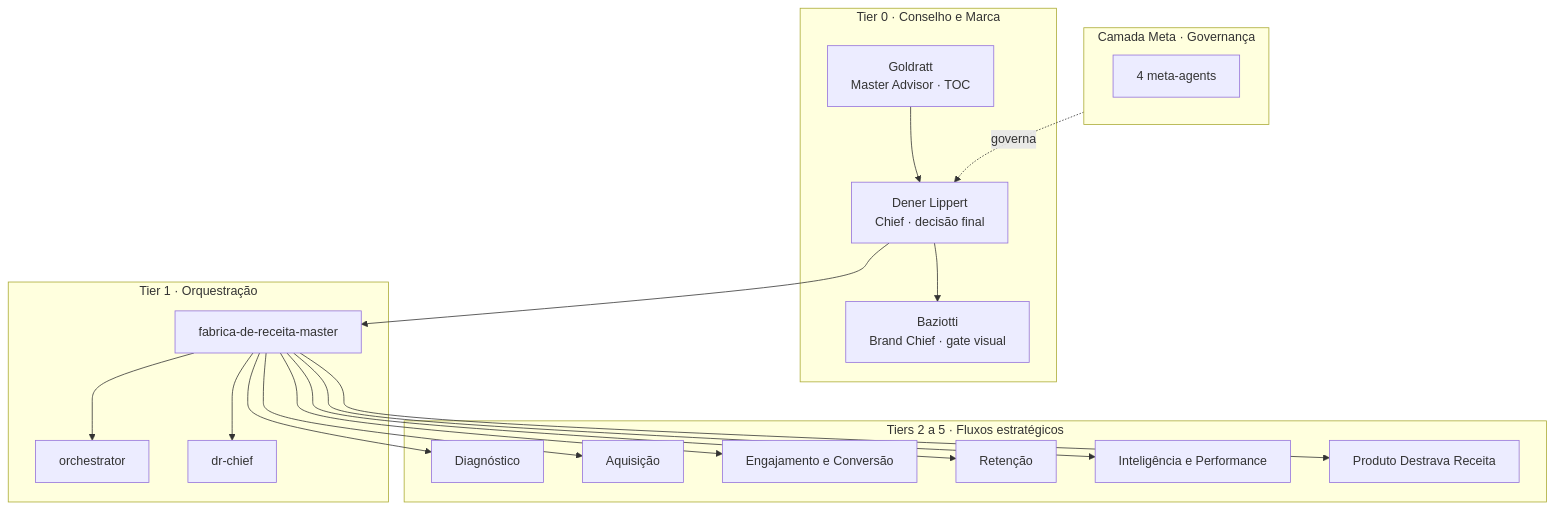
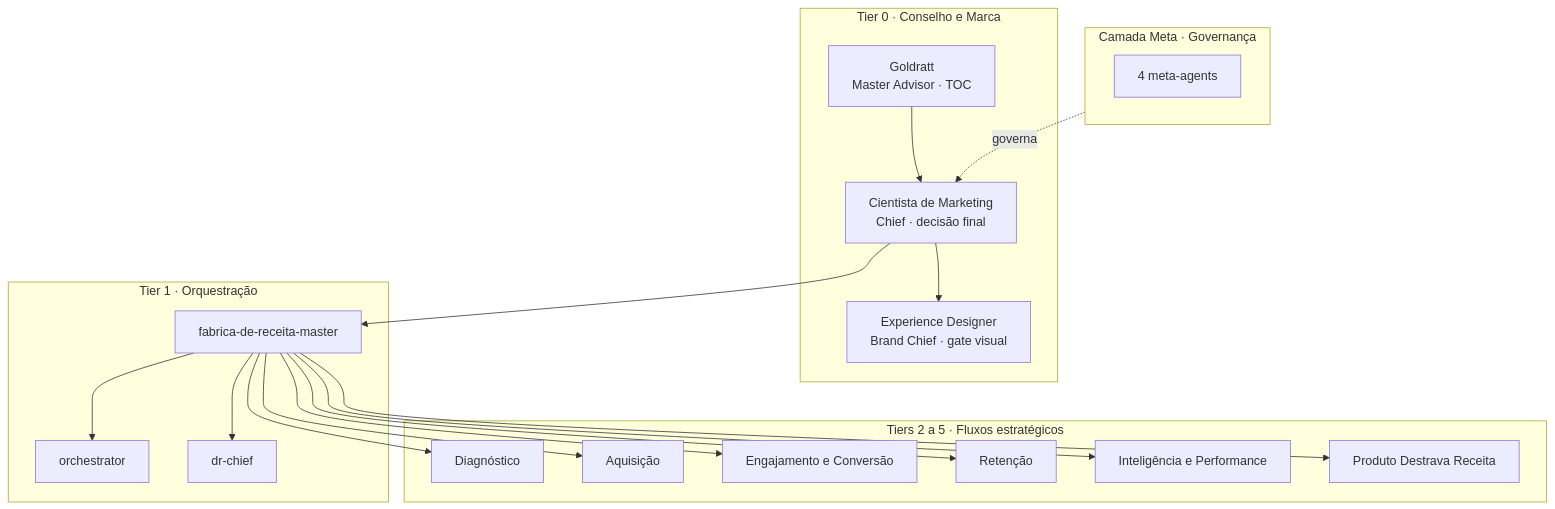
One commit to luizxhgomes/squad-fabrica-de-receita-v4 changed the diagram in docs/ARCHITECTURE.md. Above: the diagram before and after it, drawn with Mermaid. The commit also changed other lines of this file and 140 other files, not shown here.

````diff
--- a/docs/ARCHITECTURE.md
+++ b/docs/ARCHITECTURE.md
@@ -11,40 +11,40 @@
 ```mermaid
 graph TD
     subgraph T0["Tier 0 · Conselho e Marca"]
         G["Goldratt<br/>Master Advisor · TOC"]
-        D["Dener Lippert<br/>Chief · decisão final"]
-        B["Baziotti<br/>Brand Chief · gate visual"]
+        D["Cientista de Marketing<br/>Chief · decisão final"]
+        B["Experience Designer<br/>Brand Chief · gate visual"]
     end
 
     subgraph T1["Tier 1 · Orquestração"]
         M["fabrica-de-receita-master"]
         O["orchestrator"]
         DRC["dr-chief"]
     end
 
     subgraph FLOWS["Tiers 2 a 5 · Fluxos estratégicos"]
         F2["Diagnóstico"]
         F3A["Aquisição"]
         F3B["Engajamento e Conversão"]
         F3C["Retenção"]
         F4["Inteligência e Performance"]
         F5["Produto Destrava Receita"]
     end
 
     subgraph META["Camada Meta · Governança"]
         MA["4 meta-agents"]
     end
 
     G --> D
     D --> B
     D --> M
     M --> O
     M --> DRC
     M --> F2
     M --> F3A
     M --> F3B
     M --> F3C
     M --> F4
     M --> F5
     META -.governa.-> D
 ```
````
